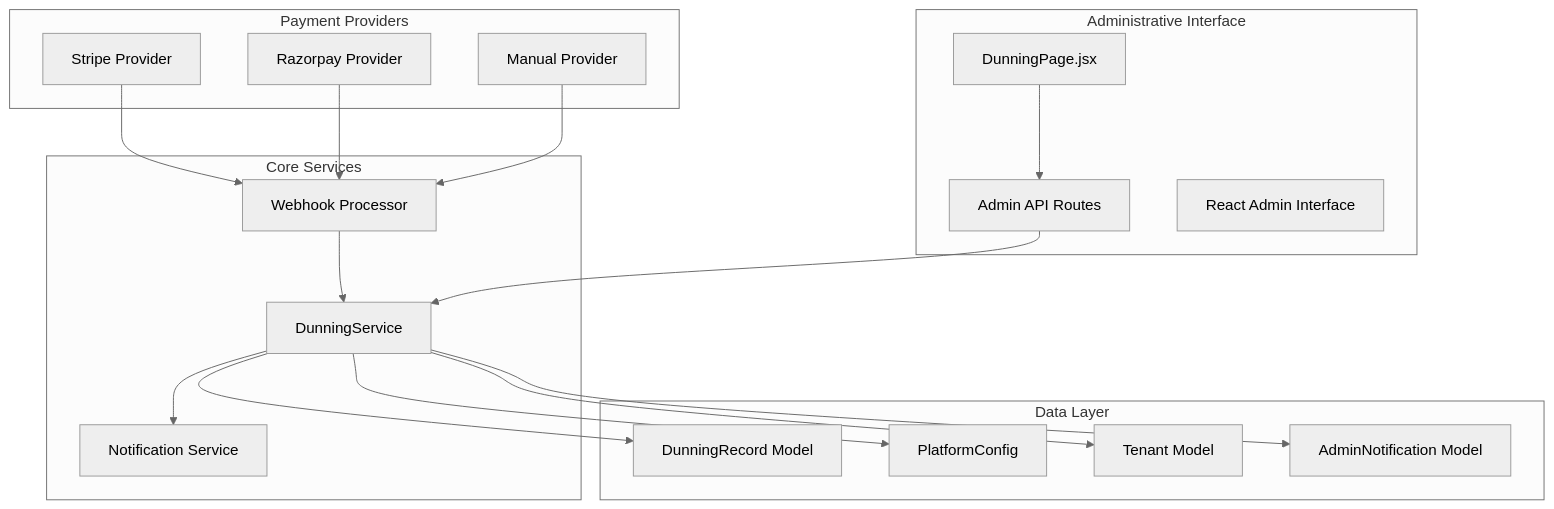
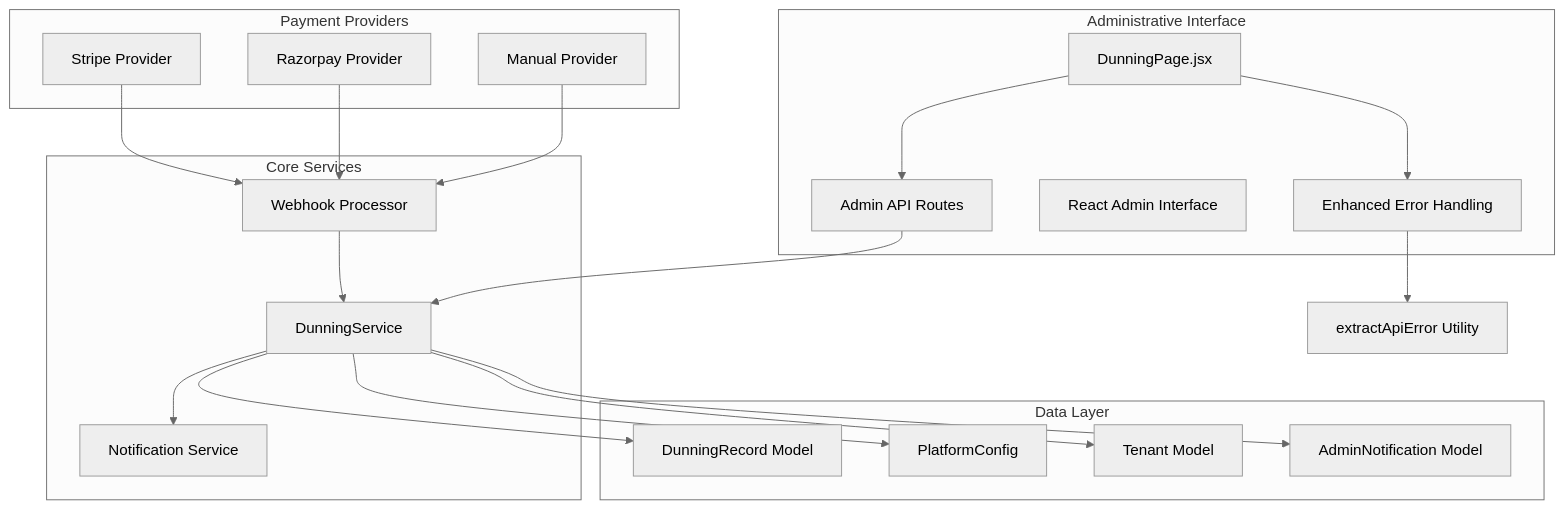
One commit to Revanththetalogics/aireume changed the first of 7 diagrams in .qoder/repowiki/en/content/Frontend Architecture/Dunning Management.md. Above: the diagram before and after it, drawn with Mermaid (neutral theme). The commit also changed other lines of this file and 9 other files, not shown here.

````diff
--- a/.qoder/repowiki/en/content/Frontend Architecture/Dunning Management.md
+++ b/.qoder/repowiki/en/content/Frontend Architecture/Dunning Management.md
@@ -49,35 +50,38 @@
 ```mermaid
 graph TB
 subgraph "Payment Providers"
 Stripe[Stripe Provider]
 Razorpay[Razorpay Provider]
 Manual[Manual Provider]
 end
 subgraph "Core Services"
 DunningService[DunningService]
 WebhookProcessor[Webhook Processor]
 NotificationService[Notification Service]
 end
 subgraph "Data Layer"
 DunningRecord[DunningRecord Model]
 PlatformConfig[PlatformConfig]
 Tenant[Tenant Model]
 AdminNotification[AdminNotification Model]
 end
 subgraph "Administrative Interface"
 AdminAPI[Admin API Routes]
 Frontend[React Admin Interface]
 DunningPage[DunningPage.jsx]
+ErrorHandling[Enhanced Error Handling]
 end
 Stripe --> WebhookProcessor
 Razorpay --> WebhookProcessor
 Manual --> WebhookProcessor
 WebhookProcessor --> DunningService
 DunningService --> DunningRecord
 DunningService --> Tenant
 DunningService --> AdminNotification
 AdminAPI --> DunningService
 DunningPage --> AdminAPI
+DunningPage --> ErrorHandling
+ErrorHandling --> ExtractApiError[extractApiError Utility]
 DunningService --> NotificationService
 DunningService --> PlatformConfig
 ```
````
